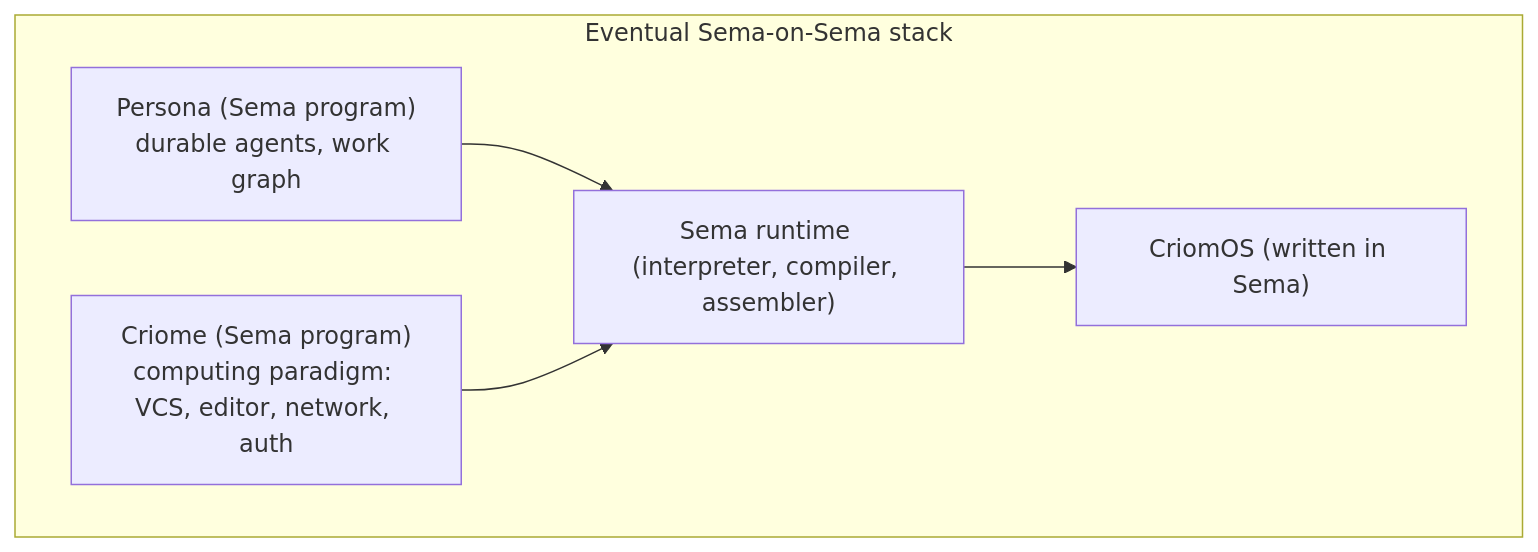
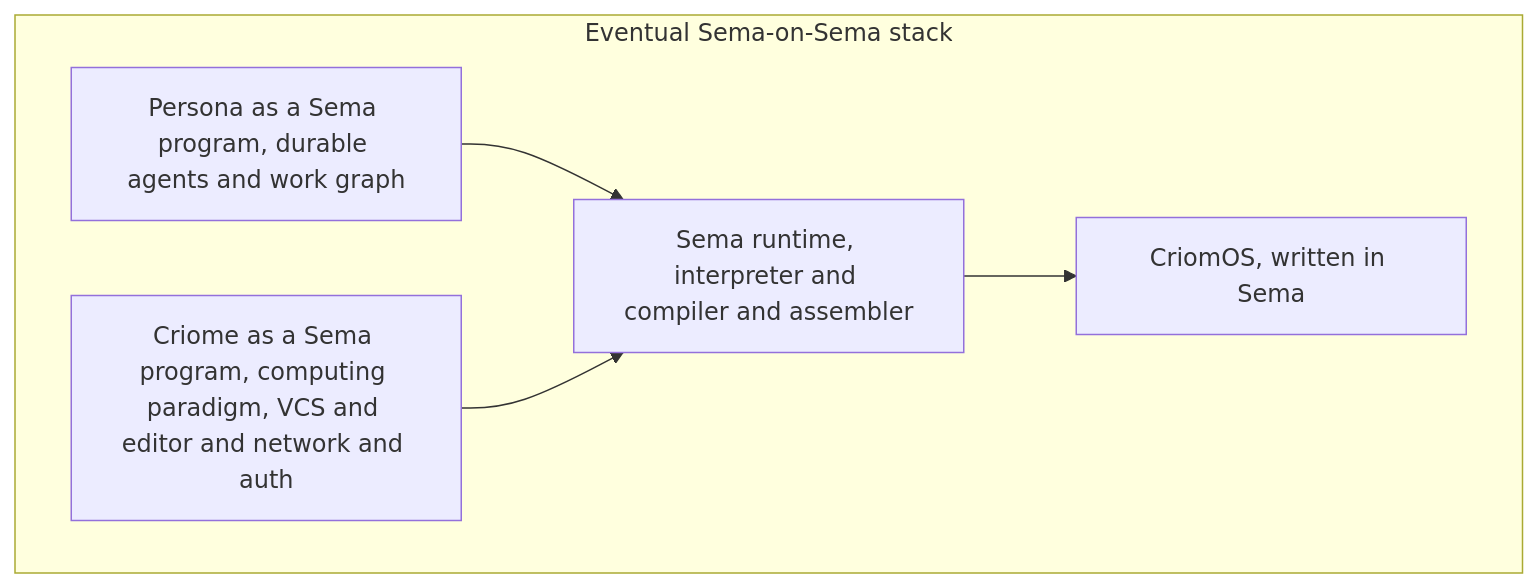
Before and after one commit to LiGoldragon/primary: the sixth of 18 diagrams in reports/designer/114-persona-vision-as-of-2026-05-11.md, drawn with Mermaid. The commit also changed other lines of this file, not shown here.

Commit message:
designer/114: Mermaid 8.8 subgraph syntax fix — replace 'subgraph id["label"]' with 'subgraph id [label]' (space + unquoted), drop 'direction TB' (post-8.8)

````diff
--- a/reports/designer/114-persona-vision-as-of-2026-05-11.md
+++ b/reports/designer/114-persona-vision-as-of-2026-05-11.md
@@ -325,13 +324,13 @@
 ```mermaid
 flowchart TB
-    subgraph eventually["Eventual Sema-on-Sema stack"]
-        persona_sema["Persona (Sema program)<br/>durable agents, work graph"]
-        criome_sema["Criome (Sema program)<br/>computing paradigm: VCS, editor, network, auth"]
-        sema_runtime["Sema runtime (interpreter, compiler, assembler)"]
-        criomos_sema["CriomOS (written in Sema)"]
+    subgraph eventually [Eventual Sema-on-Sema stack]
+        persona_sema["Persona as a Sema program, durable agents and work graph"]
+        criome_sema["Criome as a Sema program, computing paradigm, VCS and editor and network and auth"]
+        sema_runtime["Sema runtime, interpreter and compiler and assembler"]
+        criomos_sema["CriomOS, written in Sema"]
     end
 
     persona_sema --> sema_runtime
     criome_sema --> sema_runtime
     sema_runtime --> criomos_sema
 ```
````
